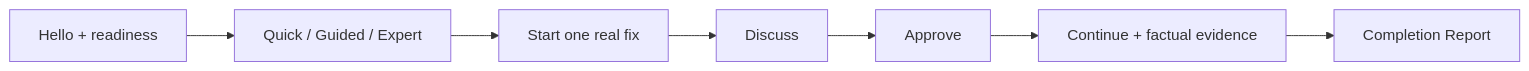
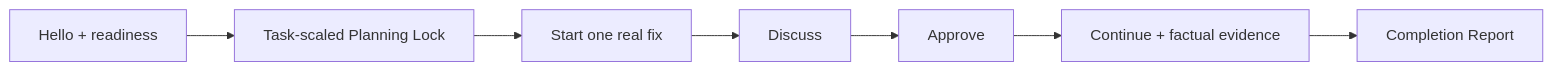
The diagram in examples/tailtrail-test-lab/DEMO-PLAYBOOK.md (vishrutsinghal/tailr), drawn with Mermaid before and after one commit. The commit also changed other lines of this file and 250 other files, not shown here.

````diff
--- a/examples/tailtrail-test-lab/DEMO-PLAYBOOK.md
+++ b/examples/tailtrail-test-lab/DEMO-PLAYBOOK.md
@@ -19,9 +19,9 @@
 ```mermaid
 flowchart LR
-    H["Hello + readiness"] --> P["Quick / Guided / Expert"]
+    H["Hello + readiness"] --> P["Task-scaled Planning Lock"]
     P --> S["Start one real fix"]
     S --> D["Discuss"]
     D --> A["Approve"]
     A --> C["Continue + factual evidence"]
     C --> R["Completion Report"]
 ```
````
